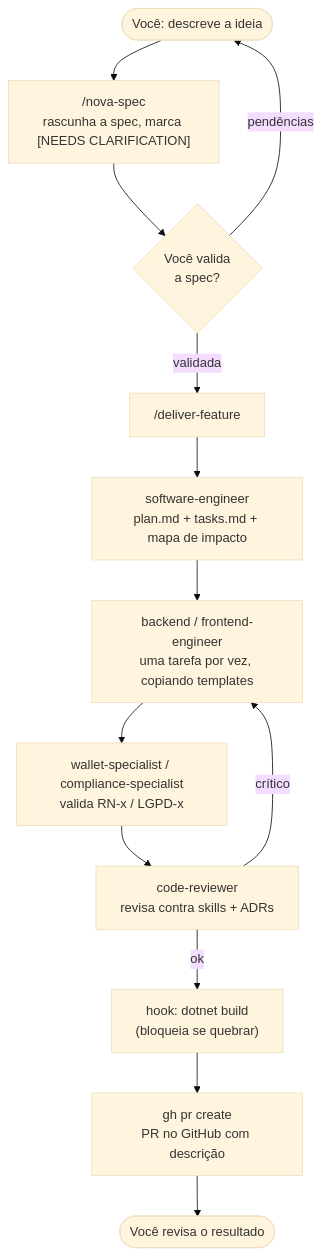
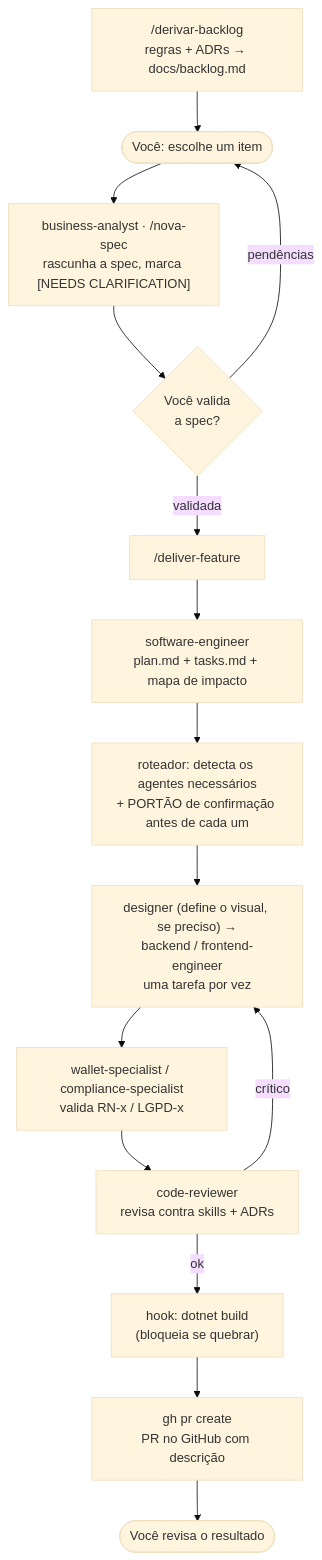
Before and after one commit to CesarioStoquero/FinAgent: the second of 3 diagrams in docs/harness-architecture.md, drawn with Mermaid (base theme). The commit also changed other lines of this file and 7 other files, not shown here.

First line of the commit message:
feat(harness): formaliza o fluxo regra -> backlog -> spec -> entrega

````diff
--- a/docs/harness-architecture.md
+++ b/docs/harness-architecture.md
@@ -92,15 +95,17 @@
 ```mermaid
 flowchart TD
-  U([Você: descreve a ideia]) --> NS["/nova-spec<br/>rascunha a spec, marca [NEEDS CLARIFICATION]"]
+  BL["/derivar-backlog<br/>regras + ADRs → docs/backlog.md"] --> U([Você: escolhe um item])
+  U --> NS["business-analyst · /nova-spec<br/>rascunha a spec, marca [NEEDS CLARIFICATION]"]
   NS --> VAL{Você valida<br/>a spec?}
   VAL -->|pendências| U
   VAL -->|validada| DF["/deliver-feature"]
   DF --> SE["software-engineer<br/>plan.md + tasks.md + mapa de impacto"]
-  SE --> IMP["backend / frontend-engineer<br/>uma tarefa por vez, copiando templates"]
+  SE --> ROT["roteador: detecta os agentes necessários<br/>+ PORTÃO de confirmação antes de cada um"]
+  ROT --> IMP["designer (define o visual, se preciso) →<br/>backend / frontend-engineer<br/>uma tarefa por vez"]
   IMP --> REVd["wallet-specialist / compliance-specialist<br/>valida RN-x / LGPD-x"]
   REVd --> REVc["code-reviewer<br/>revisa contra skills + ADRs"]
   REVc -->|crítico| IMP
   REVc -->|ok| HK["hook: dotnet build<br/>(bloqueia se quebrar)"]
   HK --> PR["gh pr create<br/>PR no GitHub com descrição"]
   PR --> DONE([Você revisa o resultado])
 ```
````
